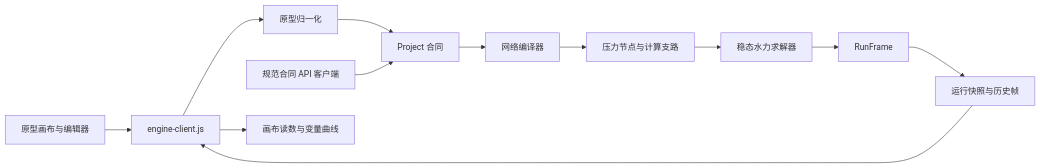
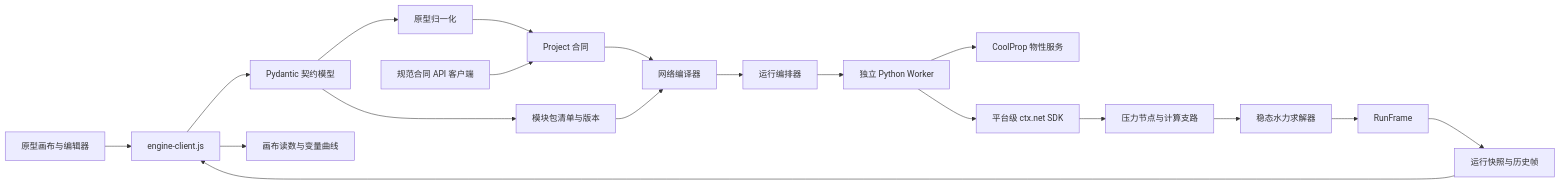
The first of 2 diagrams in fluidnet-prototype-engine/docs/ARCHITECTURE.md (kongbaifan/fluidnet), drawn with Mermaid before and after one commit. The commit also changed other lines of this file and 41 other files, not shown here.

````diff
--- a/fluidnet-prototype-engine/docs/ARCHITECTURE.md
+++ b/fluidnet-prototype-engine/docs/ARCHITECTURE.md
@@ -7,14 +7,21 @@
 ```mermaid
 flowchart LR
   UI[原型画布与编辑器] --> Adapter[engine-client.js]
-  Adapter --> Normalize[原型归一化]
+  Adapter --> Contract[Pydantic 契约模型]
+  Contract --> Normalize[原型归一化]
+  Contract --> Package[模块包清单与版本]
   Normalize --> Project[Project 合同]
   API[规范合同 API 客户端] --> Project
   Project --> Compile[网络编译器]
-  Compile --> Network[压力节点与计算支路]
+  Package --> Compile
+  Compile --> Orchestrator[运行编排器]
+  Orchestrator --> Worker[独立 Python Worker]
+  Worker --> Fluid[CoolProp 物性服务]
+  Worker --> SDK[平台级 ctx.net SDK]
+  SDK --> Network[压力节点与计算支路]
   Network --> Solve[稳态水力求解器]
   Solve --> Frame[RunFrame]
   Frame --> Run[运行快照与历史帧]
   Run --> Adapter
   Adapter --> View[画布读数与变量曲线]
 ```
````
